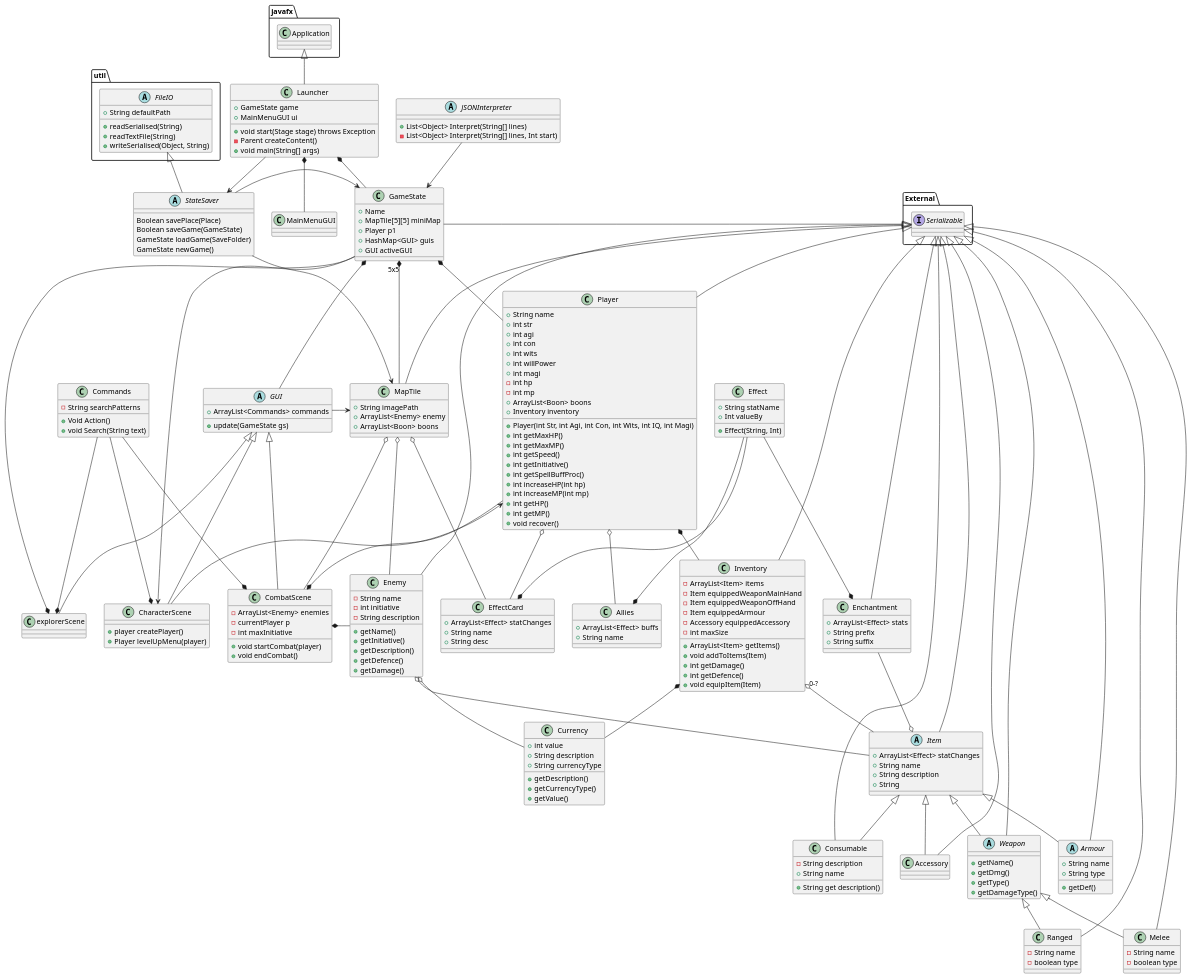
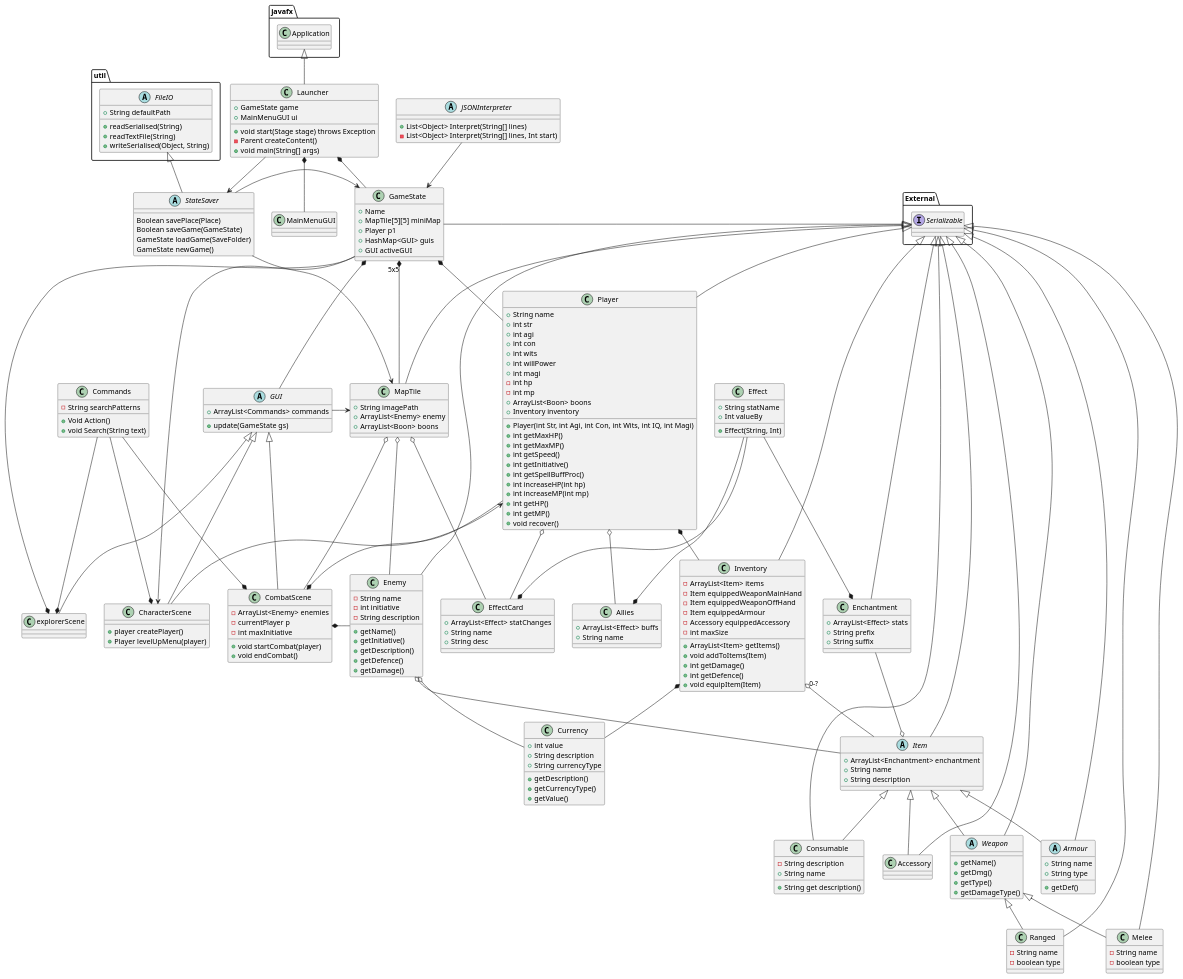
Before and after one commit to SirRolin/Philoshopers-ICE: the diagram in Documentation/klassediagram.puml, drawn with PlantUML. The commit also changed 8 other files, not shown here.

```diff
--- a/Documentation/klassediagram.puml
+++ b/Documentation/klassediagram.puml
@@ -98,10 +98,9 @@
     + ArrayList<Boon> boons
 }
 abstract class Item extends External.Serializable{
-    + ArrayList<Effect> statChanges
+    + ArrayList<Enchantment> enchantment
     + String name
     + String description
-    + String
 }
 abstract class Weapon extends Item, External.Serializable {
     +getName()
```
